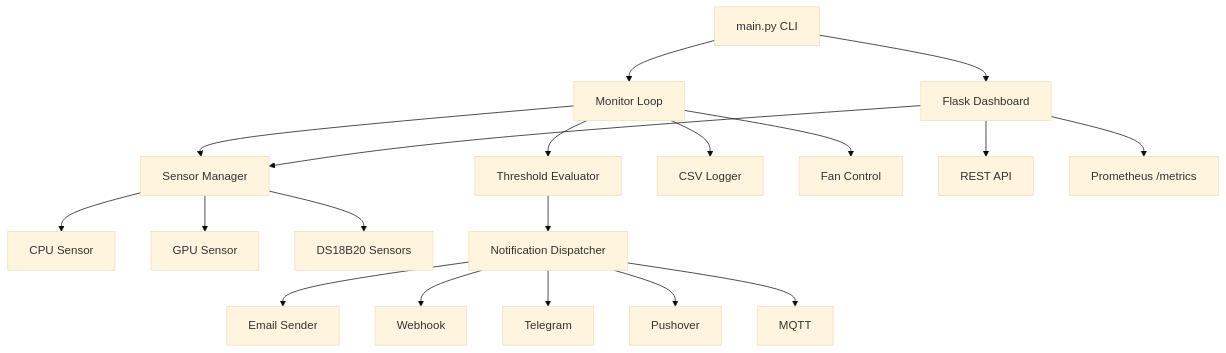
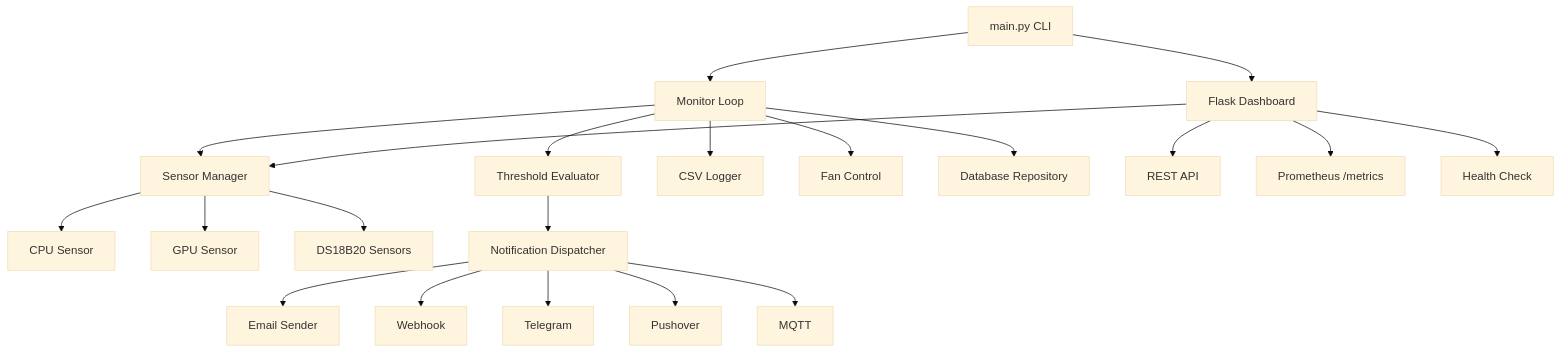
One commit to disappointingsupernova/pimon changed the first of 3 diagrams in README.md. Above: the diagram before and after it, drawn with Mermaid (base theme). The commit also changed other lines of this file, not shown here.

First line of the commit message:
docs(readme): final comprehensive update with database, endpoints, and full config reference

````diff
--- a/README.md
+++ b/README.md
@@ -33,21 +35,23 @@
 ```mermaid
 graph TD
     A[main.py CLI] --> B[Monitor Loop]
     B --> C[Sensor Manager]
     C --> D[CPU Sensor]
     C --> E[GPU Sensor]
     C --> F[DS18B20 Sensors]
     B --> G[Threshold Evaluator]
     G --> H[Notification Dispatcher]
     H --> I[Email Sender]
     H --> J[Webhook]
     H --> K[Telegram]
     H --> L[Pushover]
     H --> M[MQTT]
     B --> N[CSV Logger]
     B --> O[Fan Control]
-    A --> P[Flask Dashboard]
-    P --> C
-    P --> Q[REST API]
-    P --> R[Prometheus /metrics]
+    B --> P[Database Repository]
+    A --> Q[Flask Dashboard]
+    Q --> C
+    Q --> R[REST API]
+    Q --> S[Prometheus /metrics]
+    Q --> T[Health Check]
 ```
````
